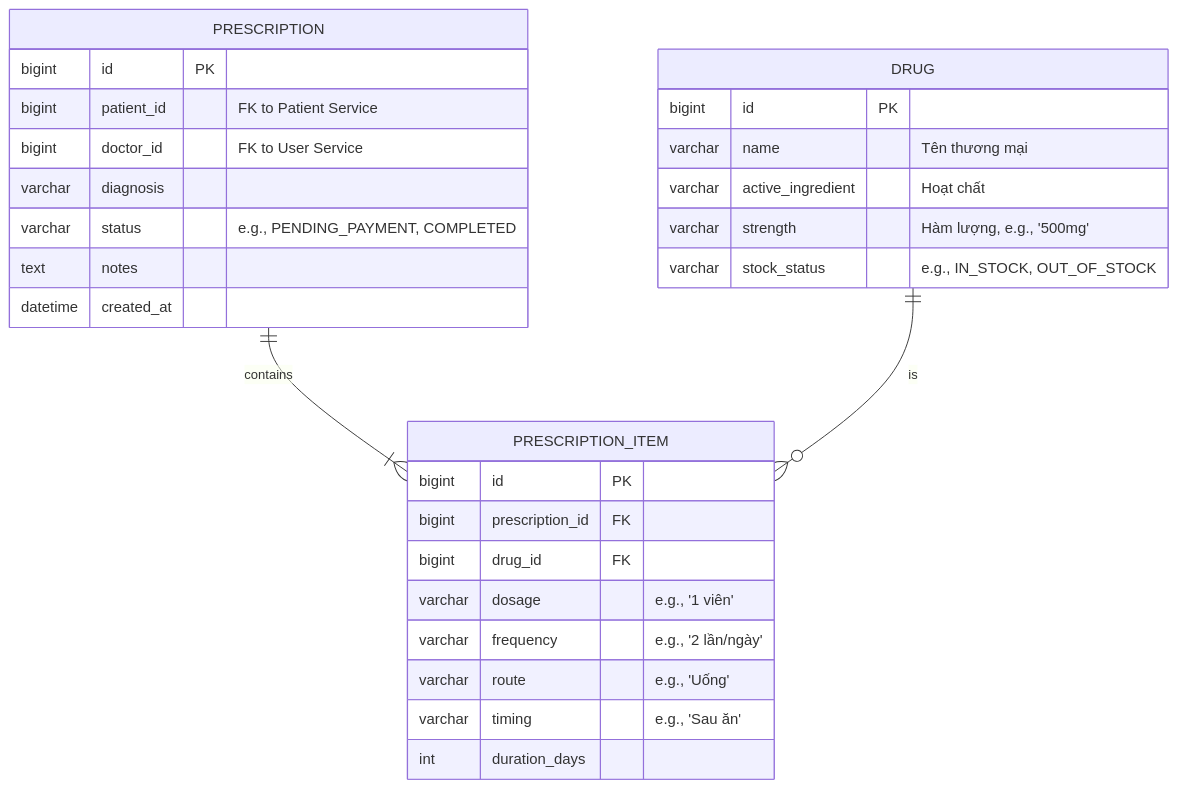
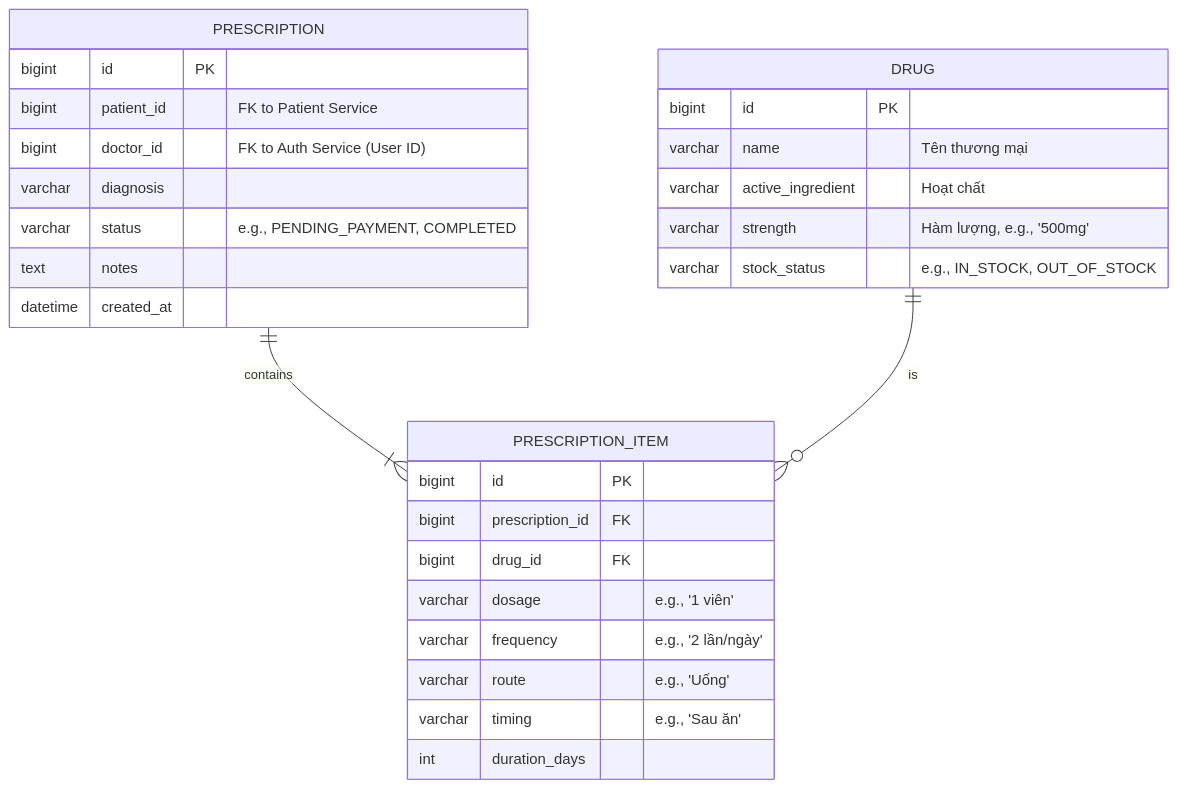
The second of 2 diagrams in medicine/README.md (smart-healthcare-platform/smart-health-backend), drawn with Mermaid before and after one commit. The commit also changed other lines of this file, not shown here.

Commit message:
docs: update ERD diagram in README

````diff
--- a/medicine/README.md
+++ b/medicine/README.md
@@ -154,35 +154,35 @@
 ```mermaid
 erDiagram
     PRESCRIPTION {
         bigint id PK
         bigint patient_id "FK to Patient Service"
-        bigint doctor_id "FK to User Service"
+        bigint doctor_id "FK to Auth Service (User ID)"
         varchar diagnosis
         varchar status "e.g., PENDING_PAYMENT, COMPLETED"
         text notes
         datetime created_at
     }
 
     PRESCRIPTION_ITEM {
         bigint id PK
         bigint prescription_id FK
         bigint drug_id FK
         varchar dosage "e.g., '1 viên'"
         varchar frequency "e.g., '2 lần/ngày'"
         varchar route "e.g., 'Uống'"
         varchar timing "e.g., 'Sau ăn'"
         int duration_days
     }
 
     DRUG {
         bigint id PK
         varchar name "Tên thương mại"
         varchar active_ingredient "Hoạt chất"
         varchar strength "Hàm lượng, e.g., '500mg'"
         varchar stock_status "e.g., IN_STOCK, OUT_OF_STOCK"
     }
 
     PRESCRIPTION ||--|{ PRESCRIPTION_ITEM : "contains"
     DRUG         ||--o{ PRESCRIPTION_ITEM : "is"
 
 ```
````
